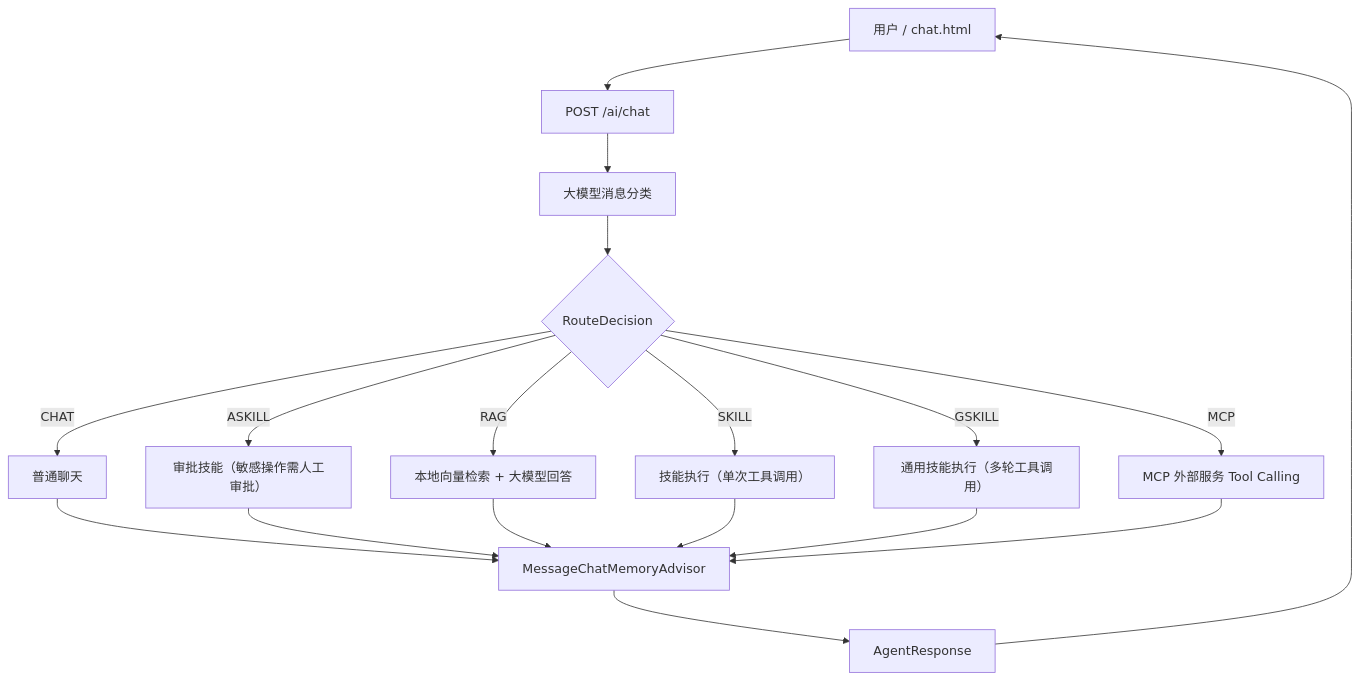
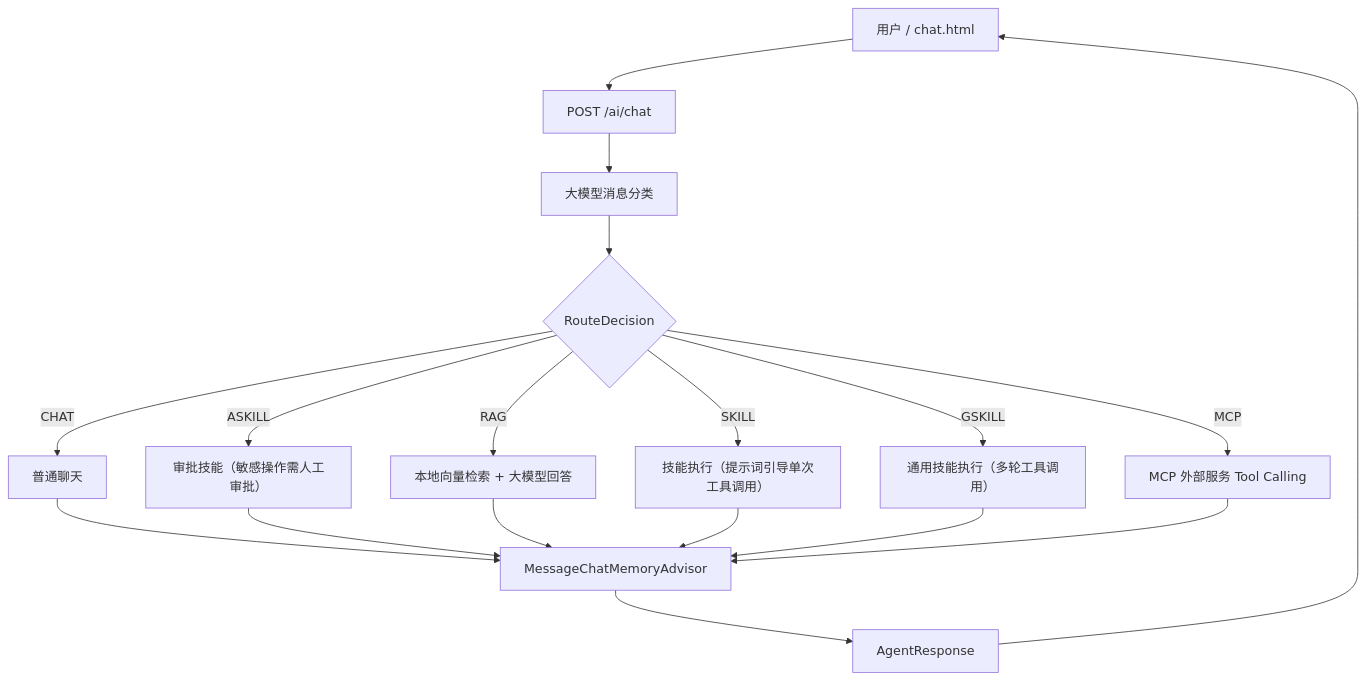
Before and after one commit to hdwang123/sagent: the first of 2 diagrams in README.md, drawn with Mermaid. The commit also changed other lines of this file, not shown here.

````diff
--- a/README.md
+++ b/README.md
@@ -46,20 +46,20 @@
 ```mermaid
 flowchart TD
     U["用户 / chat.html"] --> C["POST /ai/chat"]
     C --> R["大模型消息分类"]
     R --> D{"RouteDecision"}
     D -->|"CHAT"| CH["普通聊天"]
     D -->|"ASKILL"| AS["审批技能（敏感操作需人工审批）"]
     D -->|"RAG"| RA["本地向量检索 + 大模型回答"]
-    D -->|"SKILL"| SK["技能执行（单次工具调用）"]
+    D -->|"SKILL"| SK["技能执行（提示词引导单次工具调用）"]
     D -->|"GSKILL"| GS["通用技能执行（多轮工具调用）"]
     D -->|"MCP"| MC["MCP 外部服务 Tool Calling"]
     CH --> M["MessageChatMemoryAdvisor"]
     AS --> M
     RA --> M
     SK --> M
     GS --> M
     MC --> M
     M --> A["AgentResponse"]
     A --> U
 ```
````
